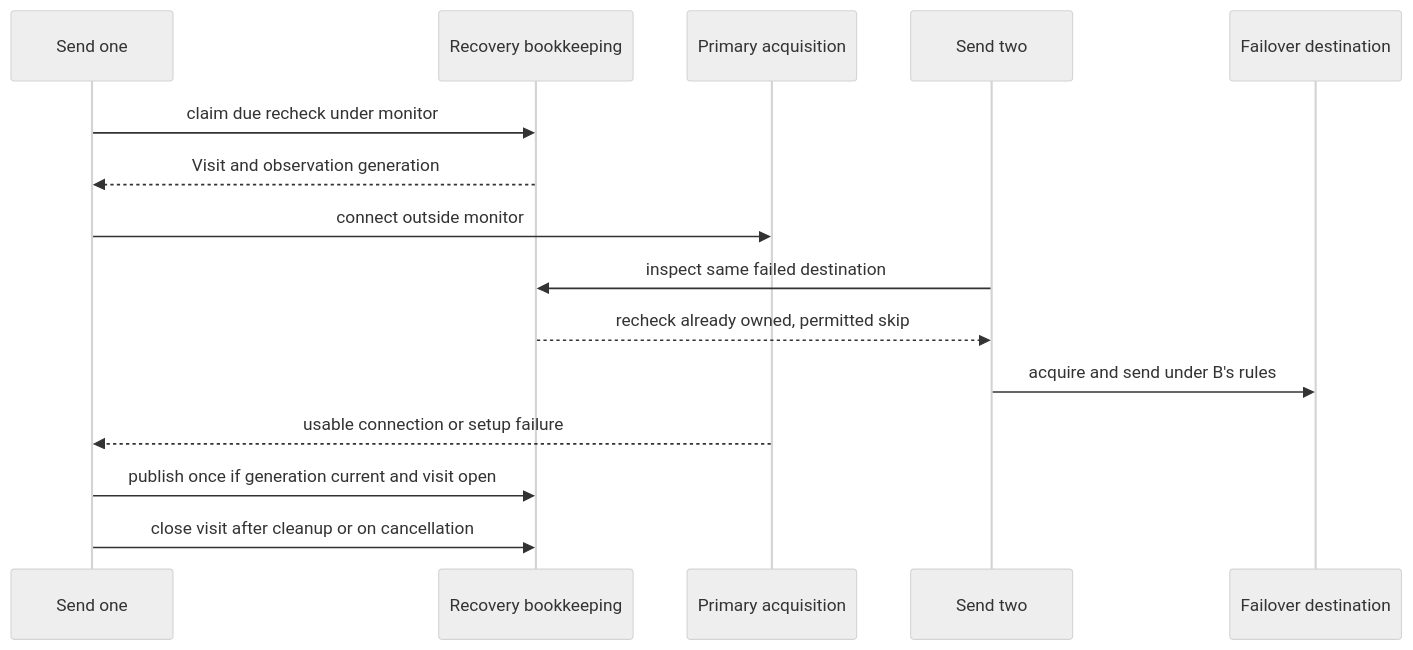
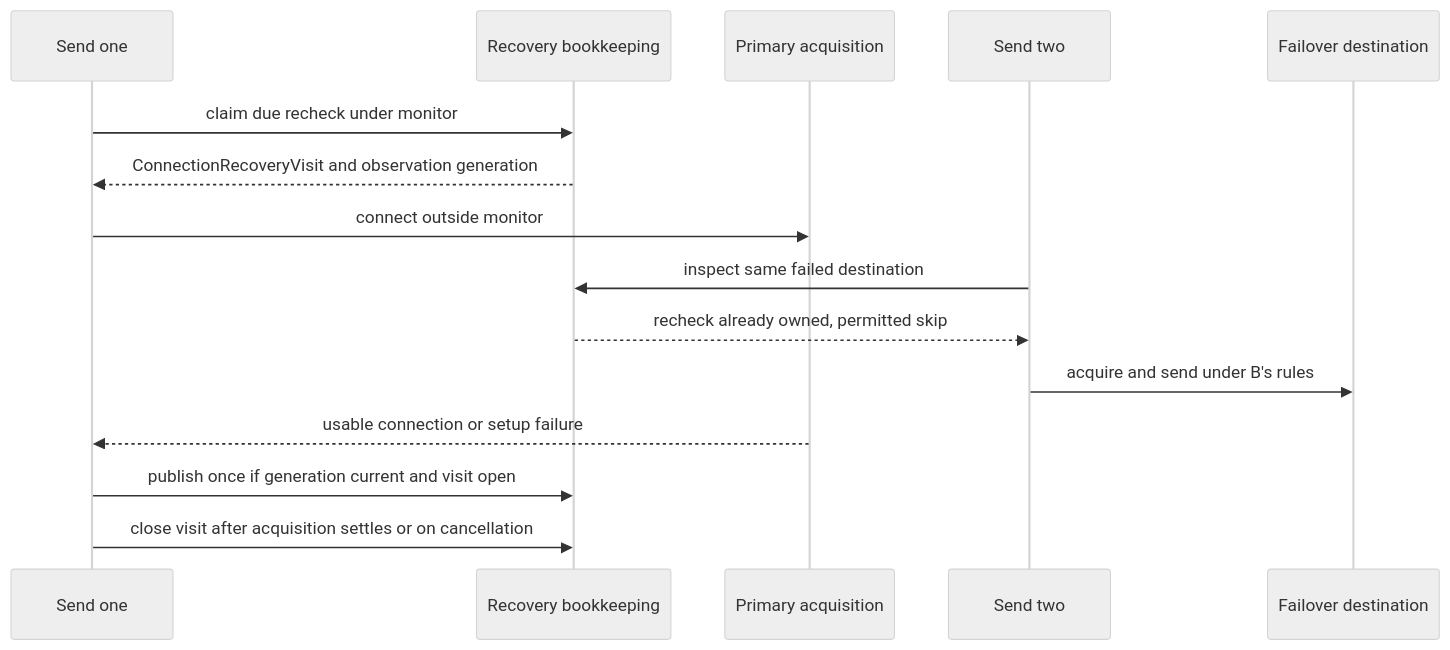
The second of 2 diagrams in docs/concurrency/10-connection-failover.md (bbottema/simple-java-mail), drawn with Mermaid (neutral theme) before and after one commit. The commit also changed other lines of this file and 17 other files, not shown here.

````diff
--- a/docs/concurrency/10-connection-failover.md
+++ b/docs/concurrency/10-connection-failover.md
@@ -60,17 +73,17 @@
 ```mermaid
 sequenceDiagram
     participant S1 as Send one
     participant R as Recovery bookkeeping
     participant A as Primary acquisition
     participant S2 as Send two
     participant B as Failover destination
     S1->>R: claim due recheck under monitor
-    R-->>S1: Visit and observation generation
+    R-->>S1: ConnectionRecoveryVisit and observation generation
     S1->>A: connect outside monitor
     S2->>R: inspect same failed destination
     R-->>S2: recheck already owned, permitted skip
     S2->>B: acquire and send under B's rules
     A-->>S1: usable connection or setup failure
     S1->>R: publish once if generation current and visit open
-    S1->>R: close visit after cleanup or on cancellation
+    S1->>R: close visit after acquisition settles or on cancellation
 ```
````
